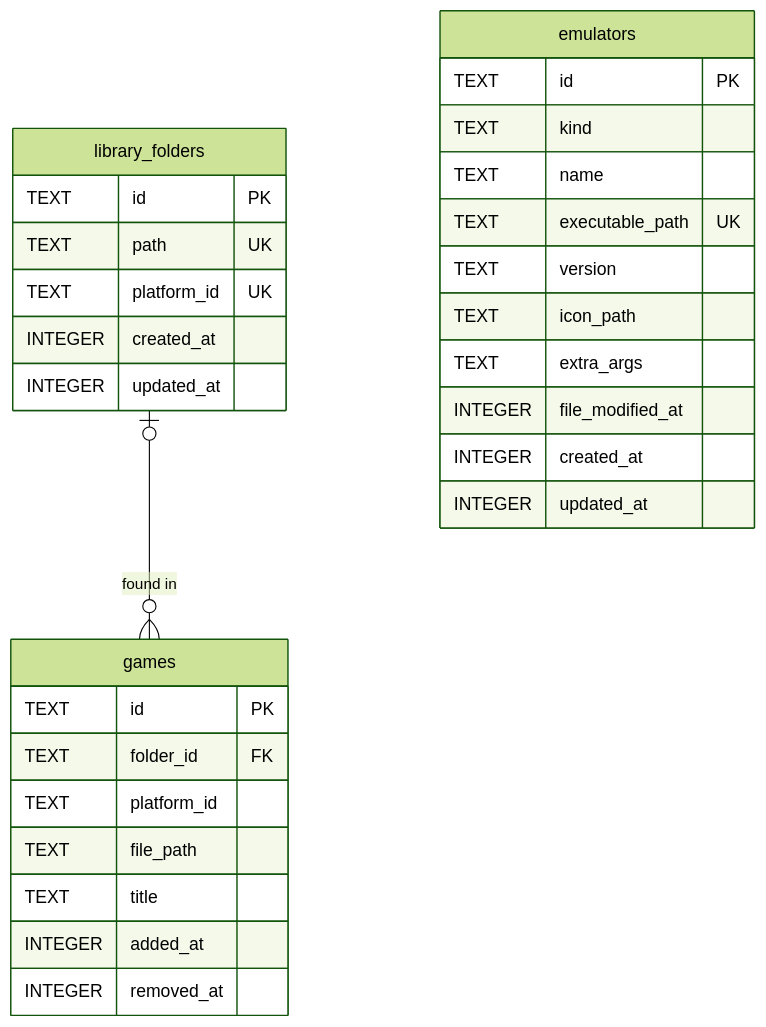
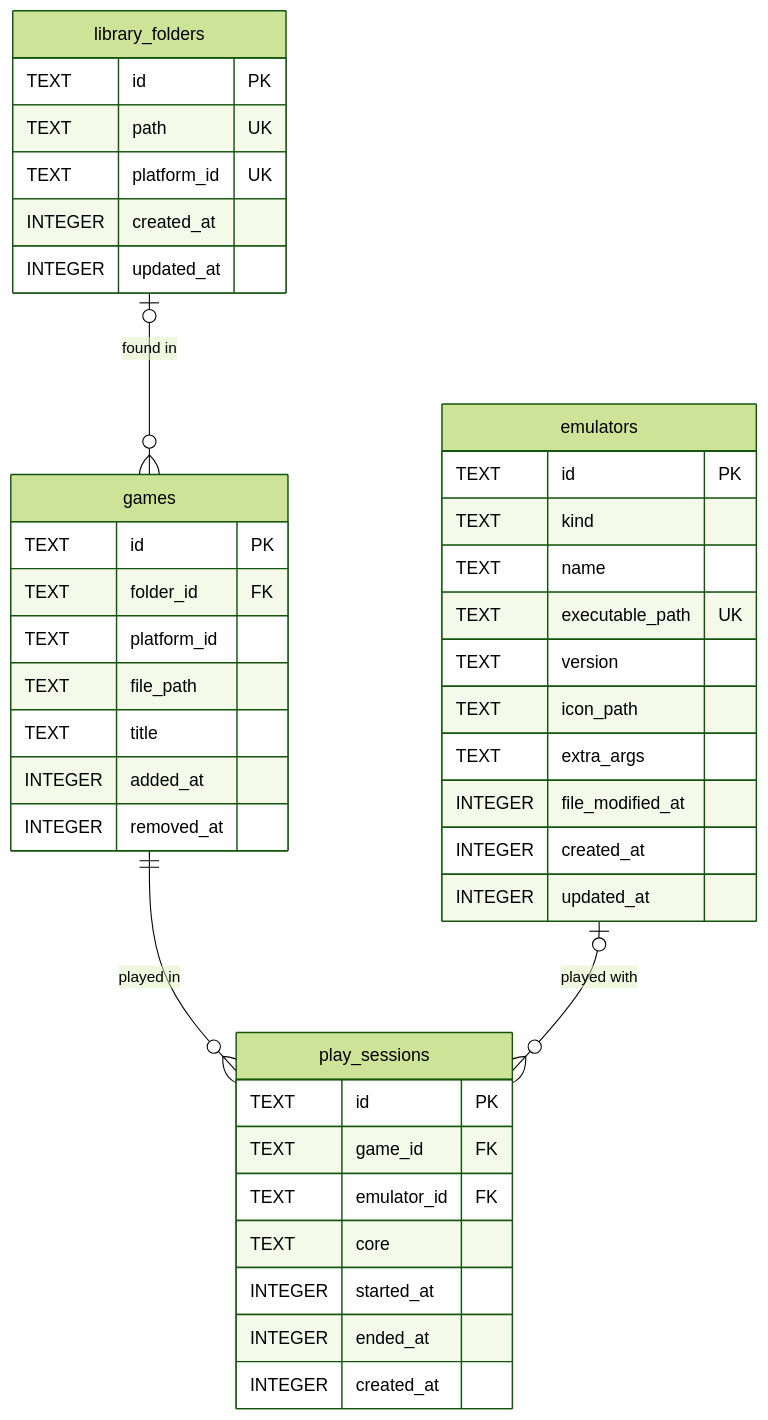
One commit to alexisiba/ilnamiki changed the first of 2 diagrams in DATABASE.md. Above: the diagram before and after it, drawn with Mermaid (forest theme). The commit also changed other lines of this file and 27 other files, not shown here.

Commit message:
Record play sessions and continue the last played game on Home

````diff
--- a/DATABASE.md
+++ b/DATABASE.md
@@ -50,33 +50,44 @@
 ```mermaid
 erDiagram
     library_folders |o--o{ games : "found in"
+    games ||--o{ play_sessions : "played in"
+    emulators |o--o{ play_sessions : "played with"
 
     emulators {
         TEXT id PK
         TEXT kind
         TEXT name
         TEXT executable_path UK
         TEXT version
         TEXT icon_path
         TEXT extra_args
         INTEGER file_modified_at
         INTEGER created_at
         INTEGER updated_at
     }
     library_folders {
         TEXT id PK
         TEXT path UK
         TEXT platform_id UK
         INTEGER created_at
         INTEGER updated_at
     }
     games {
         TEXT id PK
         TEXT folder_id FK
         TEXT platform_id
         TEXT file_path
         TEXT title
         INTEGER added_at
         INTEGER removed_at
     }
+    play_sessions {
+        TEXT id PK
+        TEXT game_id FK
+        TEXT emulator_id FK
+        TEXT core
+        INTEGER started_at
+        INTEGER ended_at
+        INTEGER created_at
+    }
 ```
````
